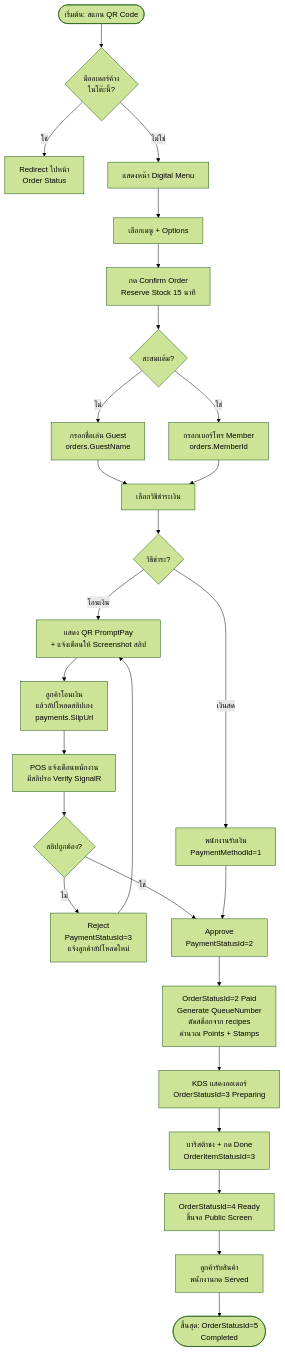
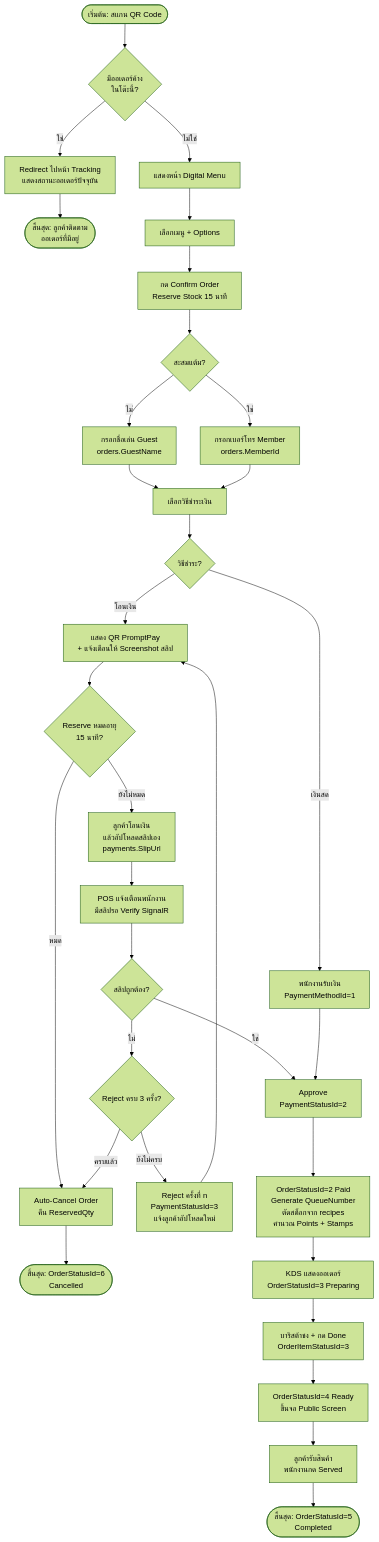
The second of 8 diagrams in README.md (InkSpuDek66/smart-cafe-management), drawn with Mermaid (forest theme) before and after one commit. The commit also changed other lines of this file, not shown here.

First line of the commit message:
Fix flowchart dead-end and align DFD with Gane & Sarson notation

````diff
--- a/README.md
+++ b/README.md
@@ -1014,29 +1014,35 @@
 ```mermaid
 flowchart TD
     A(["เริ่มต้น: สแกน QR Code"]) --> B{"มีออเดอร์ค้าง<br/>ในโต๊ะนี้?"}
-    B -- "ใช่" --> C["Redirect ไปหน้า<br/>Order Status"]
+    B -- "ใช่" --> C["Redirect ไปหน้า Tracking<br/>แสดงสถานะออเดอร์ปัจจุบัน"]
+    C --> X(["สิ้นสุด: ลูกค้าติดตาม<br/>ออเดอร์ที่มีอยู่"])
     B -- "ไม่ใช่" --> D["แสดงหน้า Digital Menu"]
     D --> E["เลือกเมนู + Options"]
     E --> F["กด Confirm Order<br/>Reserve Stock 15 นาที"]
     F --> G{"สะสมแต้ม?"}
     G -- "ไม่" --> H["กรอกชื่อเล่น Guest<br/>orders.GuestName"]
     G -- "ใช่" --> I["กรอกเบอร์โทร Member<br/>orders.MemberId"]
     H --> J["เลือกวิธีชำระเงิน"]
     I --> J
     J --> K{"วิธีชำระ?"}
     K -- "โอนเงิน" --> L["แสดง QR PromptPay<br/>+ แจ้งเตือนให้ Screenshot สลิป"]
     K -- "เงินสด" --> M["พนักงานรับเงิน<br/>PaymentMethodId=1"]
-    L --> L2["ลูกค้าโอนเงิน<br/>แล้วอัปโหลดสลิปเอง<br/>payments.SlipUrl"]
+    L --> TL{"Reserve หมดอายุ<br/>15 นาที?"}
+    TL -- "หมด" --> CN["Auto-Cancel Order<br/>คืน ReservedQty"]
+    CN --> Y(["สิ้นสุด: OrderStatusId=6<br/>Cancelled"])
+    TL -- "ยังไม่หมด" --> L2["ลูกค้าโอนเงิน<br/>แล้วอัปโหลดสลิปเอง<br/>payments.SlipUrl"]
     L2 --> N["POS แจ้งเตือนพนักงาน<br/>มีสลิปรอ Verify SignalR"]
     N --> O{"สลิปถูกต้อง?"}
-    O -- "ไม่" --> P["Reject<br/>PaymentStatusId=3<br/>แจ้งลูกค้าอัปโหลดใหม่"]
-    P --> L
+    O -- "ไม่" --> P{"Reject ครบ 3 ครั้ง?"}
+    P -- "ยังไม่ครบ" --> P2["Reject ครั้งที่ n<br/>PaymentStatusId=3<br/>แจ้งลูกค้าอัปโหลดใหม่"]
+    P2 --> L
+    P -- "ครบแล้ว" --> CN
     O -- "ใช่" --> Q["Approve<br/>PaymentStatusId=2"]
     M --> Q
     Q --> R["OrderStatusId=2 Paid<br/>Generate QueueNumber<br/>ตัดสต็อกจาก recipes<br/>คำนวณ Points + Stamps"]
     R --> S["KDS แสดงออเดอร์<br/>OrderStatusId=3 Preparing"]
     S --> T["บาริสต้าชง + กด Done<br/>OrderItemStatusId=3"]
     T --> U["OrderStatusId=4 Ready<br/>ขึ้นจอ Public Screen"]
     U --> V["ลูกค้ารับสินค้า<br/>พนักงานกด Served"]
     V --> W(["สิ้นสุด: OrderStatusId=5<br/>Completed"])
 ```
````
